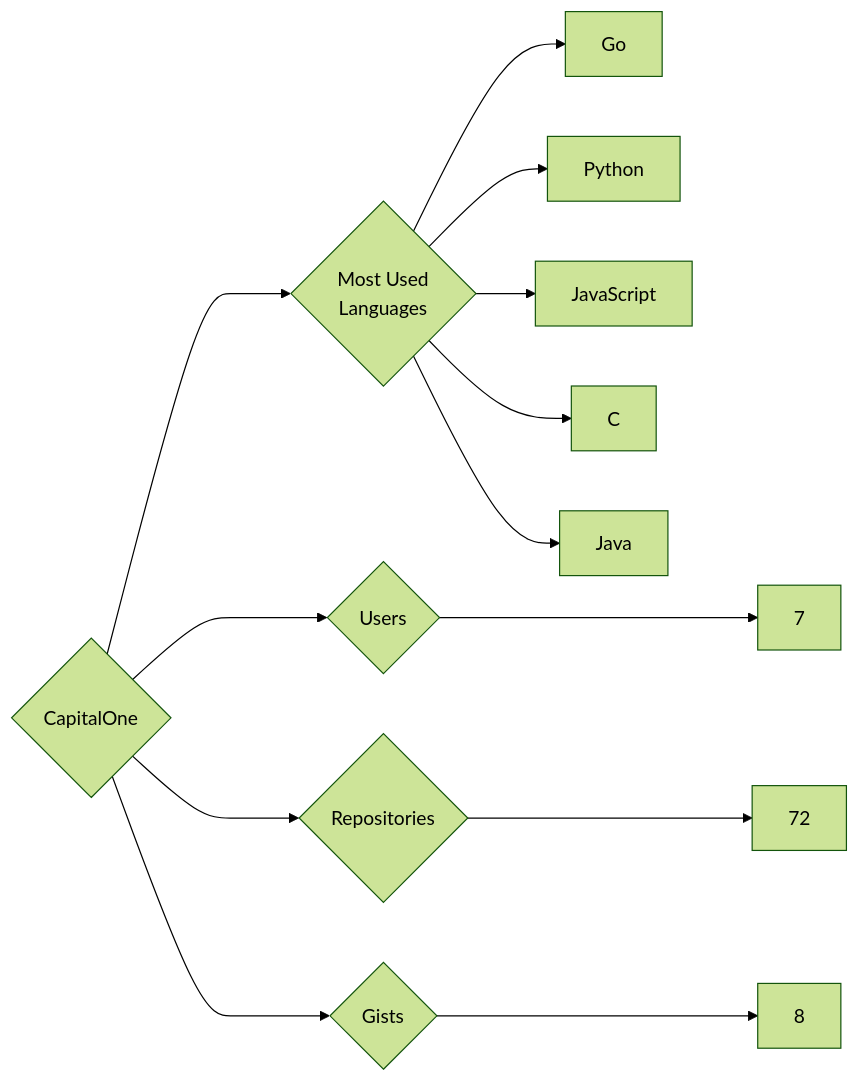
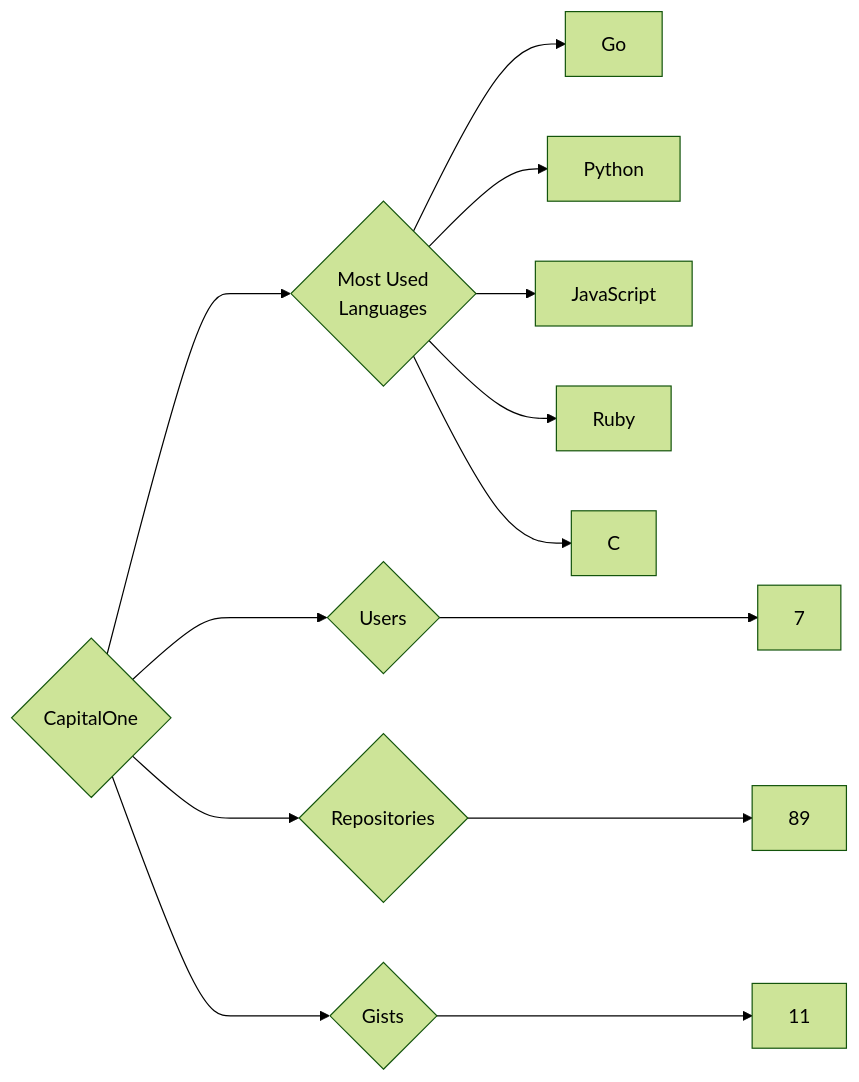
Before and after one commit to trickest/insiders: the diagram in targets/CapitalOne/README.md, drawn with Mermaid (forest theme). The commit also changed 720 other files, not shown here.

````diff
--- a/targets/CapitalOne/README.md
+++ b/targets/CapitalOne/README.md
@@ -3,13 +3,13 @@
 ```mermaid
 graph LR
 COMPANY_NAME{CapitalOne}
 COMPANY_NAME ---> U{Users} ---> UN[7]
-COMPANY_NAME ---> R{Repositories} ---> RN[72]
-COMPANY_NAME ---> G{Gists} ---> GN[8]
+COMPANY_NAME ---> R{Repositories} ---> RN[89]
+COMPANY_NAME ---> G{Gists} ---> GN[11]
 COMPANY_NAME ---> ML{Most Used<br>Languages}
 ML --> Go[Go]
 ML --> Python[Python]
 ML --> JavaScript[JavaScript]
+ML --> Ruby[Ruby]
 ML --> C[C]
-ML --> Java[Java]
 ```
````
